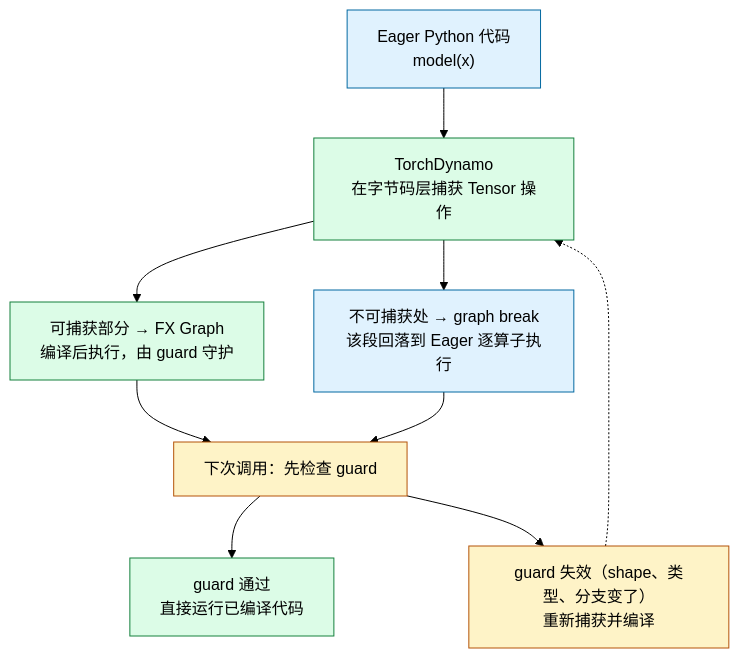
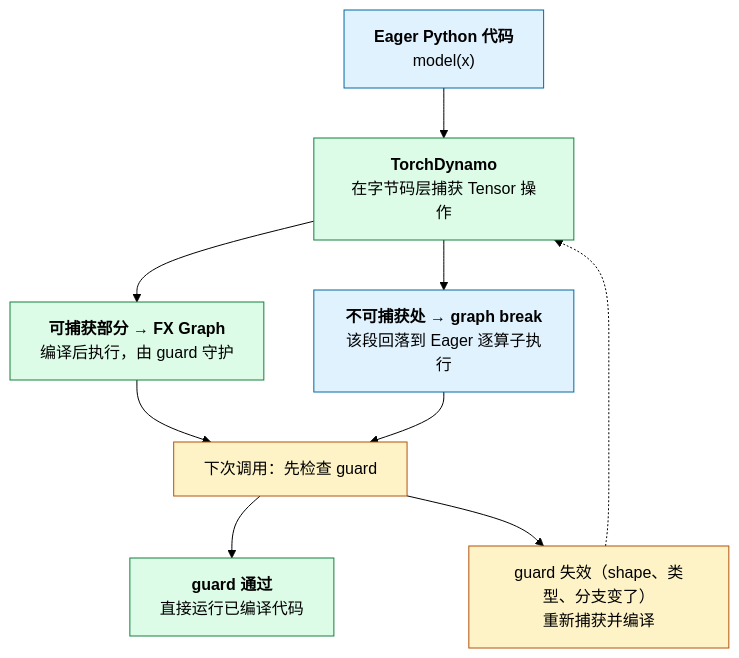
One commit to arganzheng/arganzheng.github.com changed the fifth of 5 diagrams in _posts/2026-02-17-pytorch-overall-introduction.md. Above: the diagram before and after it, drawn with Mermaid (forest theme). The commit also changed other lines of this file and 10 other files, not shown here.

First line of the commit message:
PyTorch 深度实践：从 Tensor 到深度学习运行时：Mermaid 多行方框的首行标为标题（11 篇）

````diff
--- a/_posts/2026-02-17-pytorch-overall-introduction.md
+++ b/_posts/2026-02-17-pytorch-overall-introduction.md
@@ -1124,27 +1124,27 @@
 ```mermaid
 %% 图：torch.compile 的骨架：Dynamo 捕获成 FX Graph，捕获不了的地方 graph break，下次调用先查 guard
 flowchart TB
-    EAGER["Eager Python 代码<br/>model(x)"]
-    DYN["TorchDynamo<br/>在字节码层捕获 Tensor 操作"]
-    FX["可捕获部分 → FX Graph<br/>编译后执行，由 guard 守护"]
-    BRK["不可捕获处 → graph break<br/>该段回落到 Eager 逐算子执行"]
+    EAGER["<b>Eager Python 代码</b><br/>model(x)"]
+    DYN["<b>TorchDynamo</b><br/>在字节码层捕获 Tensor 操作"]
+    FX["<b>可捕获部分 → FX Graph</b><br/>编译后执行，由 guard 守护"]
+    BRK["<b>不可捕获处 → graph break</b><br/>该段回落到 Eager 逐算子执行"]
     NEXT["下次调用：先检查 guard"]
-    HIT["guard 通过<br/>直接运行已编译代码"]
+    HIT["<b>guard 通过</b><br/>直接运行已编译代码"]
     MISS["guard 失效（shape、类型、分支变了）<br/>重新捕获并编译"]
 
     EAGER --> DYN
     DYN --> FX
     DYN --> BRK
     FX --> NEXT
     BRK --> NEXT
     NEXT --> HIT
     NEXT --> MISS
     MISS -.-> DYN
 
     classDef eager fill:#e0f2fe,stroke:#0369a1;
     classDef comp fill:#dcfce7,stroke:#15803d;
     classDef warn fill:#fef3c7,stroke:#b45309;
     class EAGER,BRK eager;
     class DYN,FX,HIT comp;
     class NEXT,MISS warn;
 ```
````
